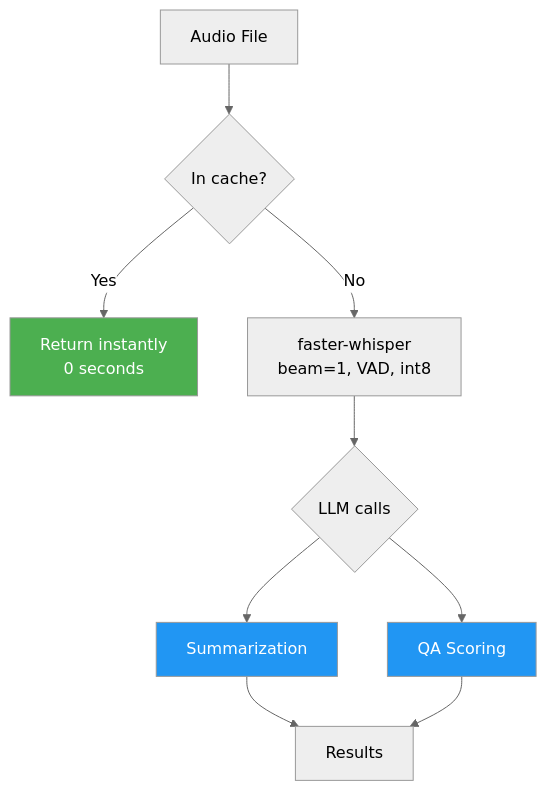
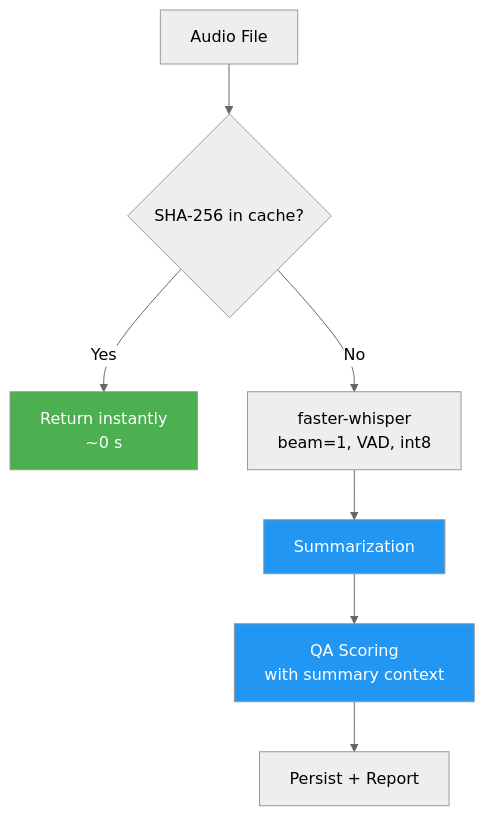
Before and after one commit to ANI-IN/Call-Center-Intelligence-System: the sixth of 7 diagrams in README.md, drawn with Mermaid (neutral theme). The commit also changed other lines of this file, not shown here.

````diff
--- a/README.md
+++ b/README.md
@@ -218,15 +229,13 @@
 ```mermaid
 graph TD
-    A[Audio File] --> B{In cache?}
-    B -->|Yes| C[Return instantly<br/>0 seconds]
+    A[Audio File] --> B{SHA-256 in cache?}
+    B -->|Yes| C[Return instantly<br/>~0 s]
     B -->|No| D[faster-whisper<br/>beam=1, VAD, int8]
-    D --> E{LLM calls}
-    E --> F[Summarization]
-    E --> G[QA Scoring]
-    F --> H[Results]
-    G --> H
+    D --> E[Summarization]
+    E --> F[QA Scoring<br/>with summary context]
+    F --> H[Persist + Report]
 
     style C fill:#4CAF50,color:white
+    style E fill:#2196F3,color:white
     style F fill:#2196F3,color:white
-    style G fill:#2196F3,color:white
 ```
````
